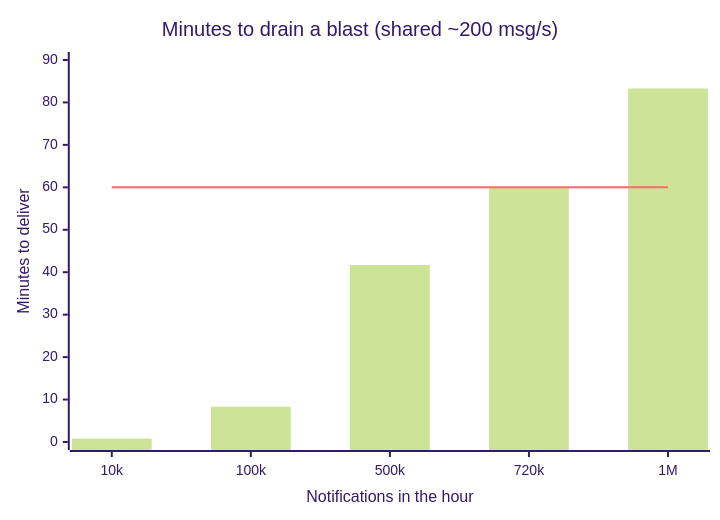
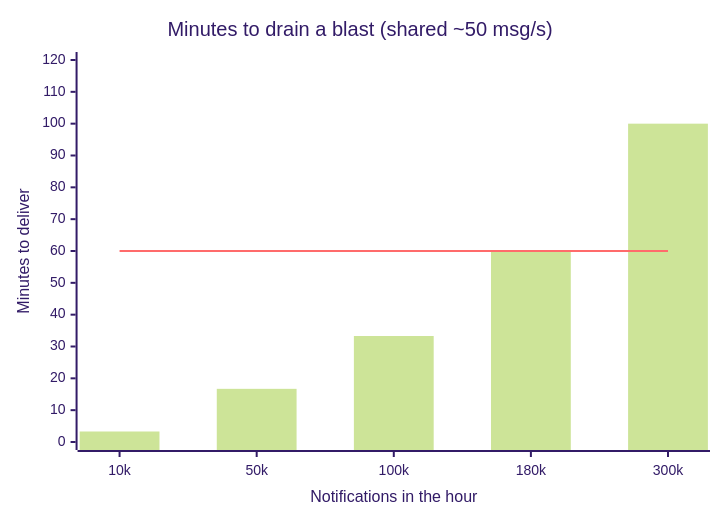
Before and after one commit to dfinity/internet-identity: the sixth of 6 diagrams in docs/push-notifications.md, drawn with Mermaid (forest theme). The commit also changed other lines of this file, not shown here.

````diff
--- a/docs/push-notifications.md
+++ b/docs/push-notifications.md
@@ -929,8 +950,8 @@
 ```mermaid
 xychart-beta
-    title "Minutes to drain a blast (shared ~200 msg/s)"
-    x-axis "Notifications in the hour" [10k, 100k, 500k, 720k, 1M]
-    y-axis "Minutes to deliver" 0 --> 90
-    bar [0.8, 8.3, 41.7, 60, 83.3]
+    title "Minutes to drain a blast (shared ~50 msg/s)"
+    x-axis "Notifications in the hour" [10k, 50k, 100k, 180k, 300k]
+    y-axis "Minutes to deliver" 0 --> 120
+    bar [3.3, 16.7, 33.3, 60, 100]
     line [60, 60, 60, 60, 60]
 ```
````
